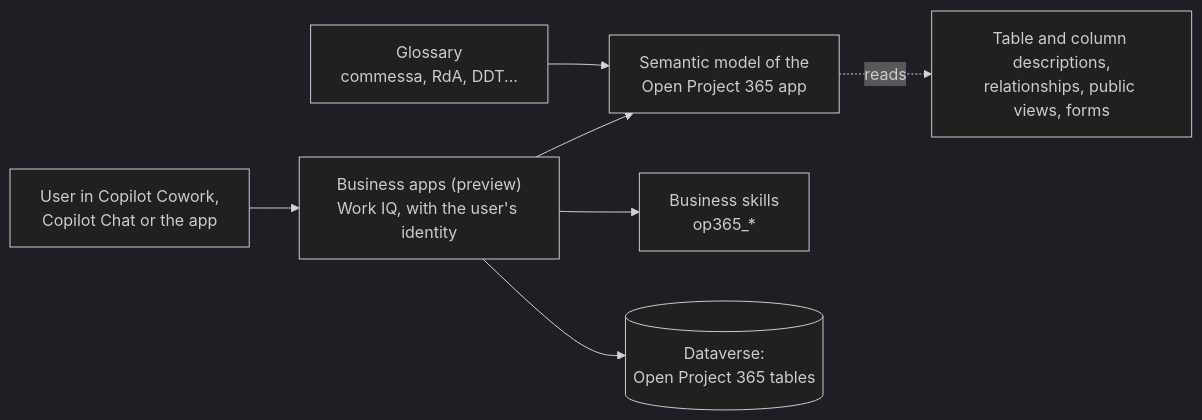
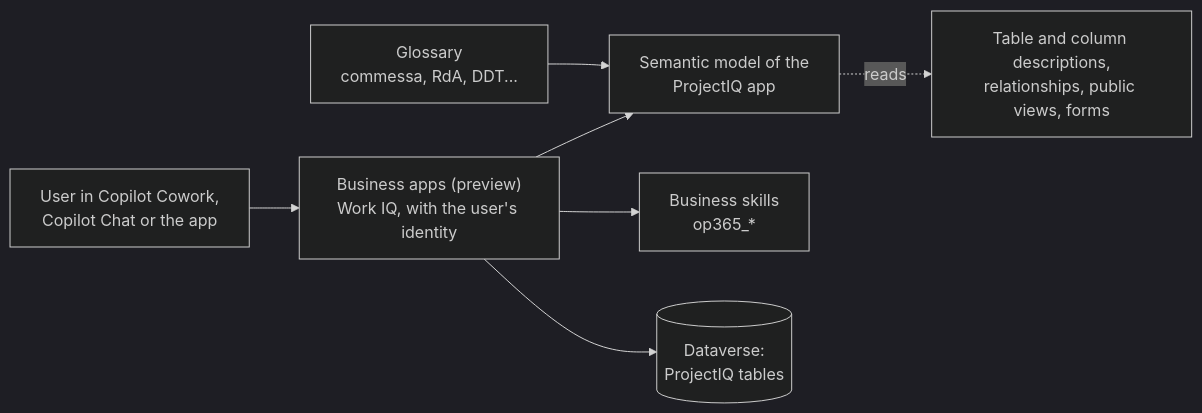
The first of 2 diagrams in docs/en/copilot.md (Power-Builders-Italia/ProjectIQ), drawn with Mermaid (dark theme) before and after one commit. The commit also changed other lines of this file and 84 other files, not shown here.

First line of the commit message:
Rebrand product from Open Project 365 to ProjectIQ (#52)

````diff
--- a/docs/en/copilot.md
+++ b/docs/en/copilot.md
@@ -14,9 +14,9 @@
 ```mermaid
 flowchart LR
     U[User in Copilot Cowork,<br/>Copilot Chat or the app] --> W["Business apps (preview)<br/>Work IQ, with the user's identity"]
-    W --> SM[Semantic model of the<br/>Open Project 365 app]
+    W --> SM[Semantic model of the<br/>ProjectIQ app]
     W --> BS[Business skills<br/>op365_*]
-    W --> D[(Dataverse:<br/>Open Project 365 tables)]
+    W --> D[(Dataverse:<br/>ProjectIQ tables)]
     SM -. reads .-> M[Table and column descriptions,<br/>relationships, public views, forms]
     G[Glossary<br/>commessa, RdA, DDT...] --> SM
 ```
````
